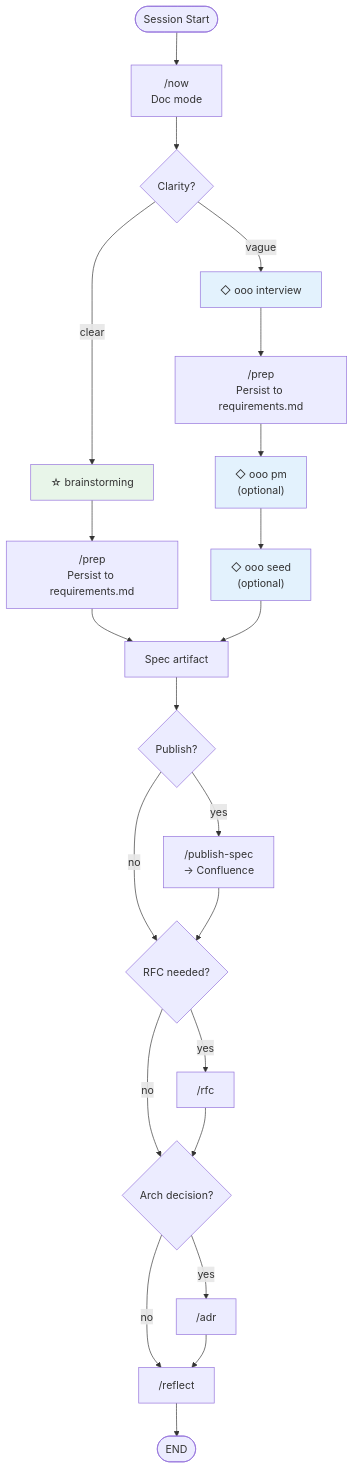
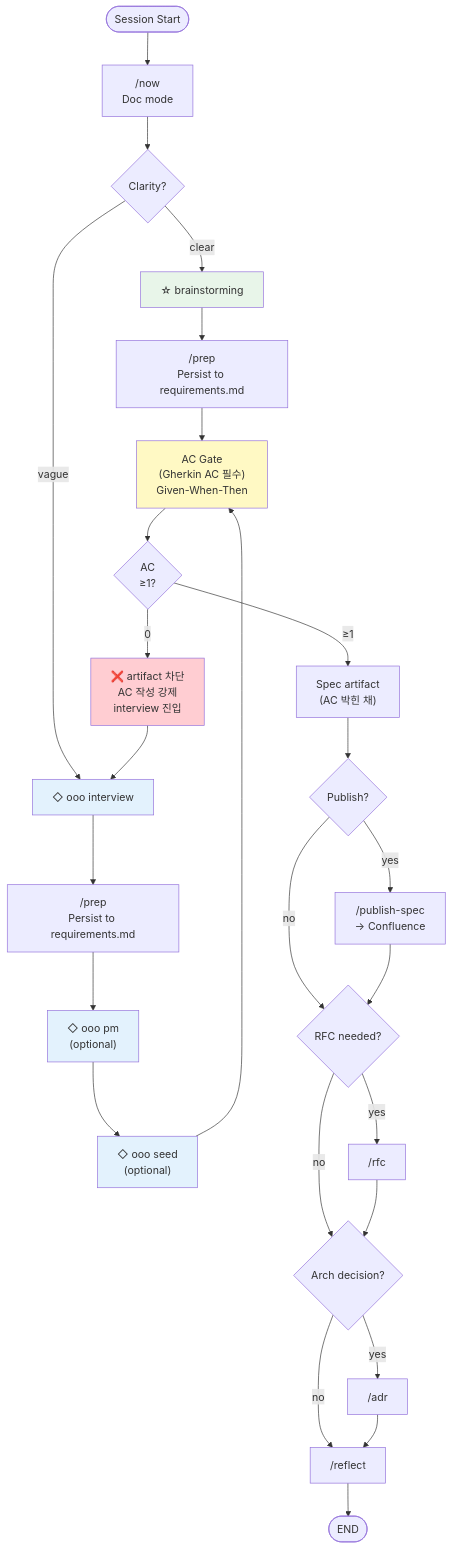
Before and after one commit to narashin/nara-kit: the second of 2 diagrams in README.md, drawn with Mermaid. The commit also changed other lines of this file and 7 other files, not shown here.

````diff
--- a/README.md
+++ b/README.md
@@ -268,29 +278,35 @@
 ```mermaid
 flowchart TD
     START([Session Start]) --> NOW["/now<br>Doc mode"]
     NOW --> CLARITY{Clarity?}
     CLARITY -->|clear| BRAIN["☆ brainstorming"]
     CLARITY -->|vague| OOO_INT["◇ ooo interview"]
     BRAIN --> PREP1["/prep<br>Persist to requirements.md"]
     OOO_INT --> PREP2["/prep<br>Persist to requirements.md"]
     PREP2 --> OOO_PM["◇ ooo pm<br>(optional)"]
     OOO_PM --> OOO_SEED["◇ ooo seed<br>(optional)"]
-    PREP1 --> SPEC["Spec artifact"]
-    OOO_SEED --> SPEC
+    PREP1 --> AC_GATE["AC Gate<br>(Gherkin AC 필수)<br>Given-When-Then"]
+    OOO_SEED --> AC_GATE
+    AC_GATE --> AC_OK{AC<br>≥1?}
+    AC_OK -->|"0"| AC_BLOCK["❌ artifact 차단<br>AC 작성 강제<br>interview 진입"]
+    AC_BLOCK --> OOO_INT
+    AC_OK -->|"≥1"| SPEC["Spec artifact<br>(AC 박힌 채)"]
     SPEC --> PUB{Publish?}
     PUB -->|yes| PUBLISH["/publish-spec<br>→ Confluence"]
     PUB -->|no| RFC_Q{RFC needed?}
     PUBLISH --> RFC_Q
     RFC_Q -->|yes| RFC["/rfc"]
     RFC_Q -->|no| ADR_Q{Arch decision?}
     RFC --> ADR_Q
     ADR_Q -->|yes| ADR["/adr"]
     ADR_Q -->|no| REFLECT["/reflect"]
     ADR --> REFLECT
     REFLECT --> END([END])
 
     style BRAIN fill:#e8f5e9
     style OOO_INT fill:#e3f2fd
     style OOO_PM fill:#e3f2fd
     style OOO_SEED fill:#e3f2fd
+    style AC_GATE fill:#fff9c4
+    style AC_BLOCK fill:#ffcdd2
 ```
````
